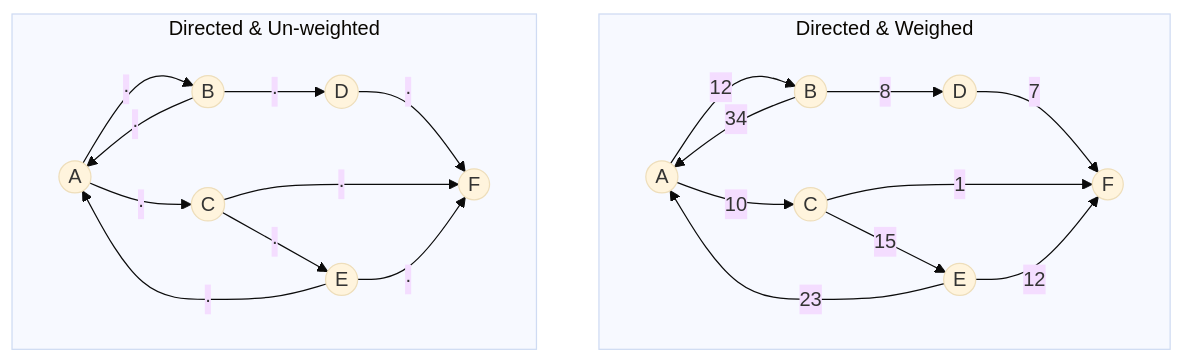
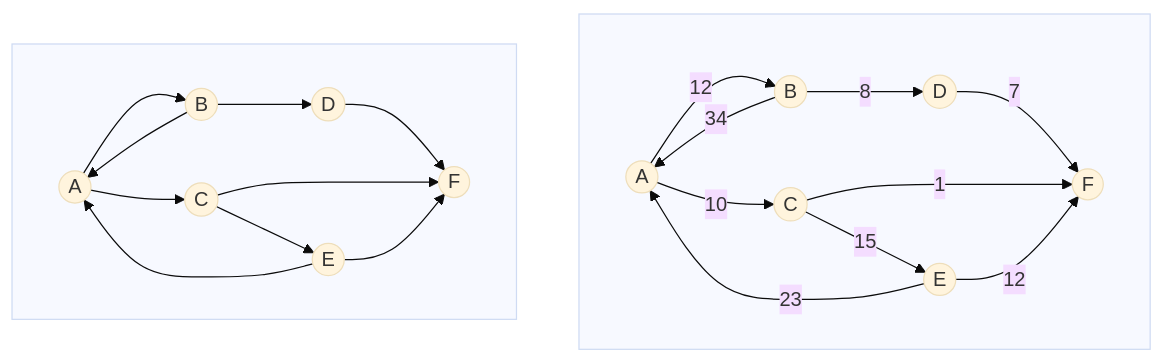
Before and after one commit to uncle-yi/uncle-yi.github.io: the fourth of 4 diagrams in _posts/2023-01-18-graph-neural-network-basics.md, drawn with Mermaid (base theme). The commit also changed other lines of this file, not shown here.

````diff
--- a/_posts/2023-01-18-graph-neural-network-basics.md
+++ b/_posts/2023-01-18-graph-neural-network-basics.md
@@ -127,39 +123,39 @@
 ```mermaid
 flowchart TB
 
-subgraph Directed & Weighed 
+subgraph  
 A2(("A"));
 B2(("B"));
 C2(("C"));
 D2(("D"));
 E2(("E"));
 F2(("F"));
 A2--12-->B2;
 A2--10-->C2;
 C2--15-->E2;
 D2--7-->F2;
 C2--1-->F2;
 B2--8-->D2;
 E2--12-->F2;
 E2--23-->A2;
 B2--34-->A2;
 end
 
-subgraph Directed & Un-weighted
+subgraph  
 A1(("A"));
 B1(("B"));
 C1(("C"));
 D1(("D"));
 E1(("E"));
 F1(("F"));
-A1--"·"-->B1;
-A1--"·"-->C1;
-C1--"·"-->E1;
-D1--"·"-->F1;
-C1--"·"-->F1;
-B1--"·"-->D1;
-E1--"·"-->F1;
-E1--"·"-->A1;
-B1--"·"-->A1;
+A1-->B1;
+A1-->C1;
+C1-->E1;
+D1-->F1;
+C1-->F1;
+B1-->D1;
+E1-->F1;
+E1-->A1;
+B1-->A1;
 end
 ```
````
